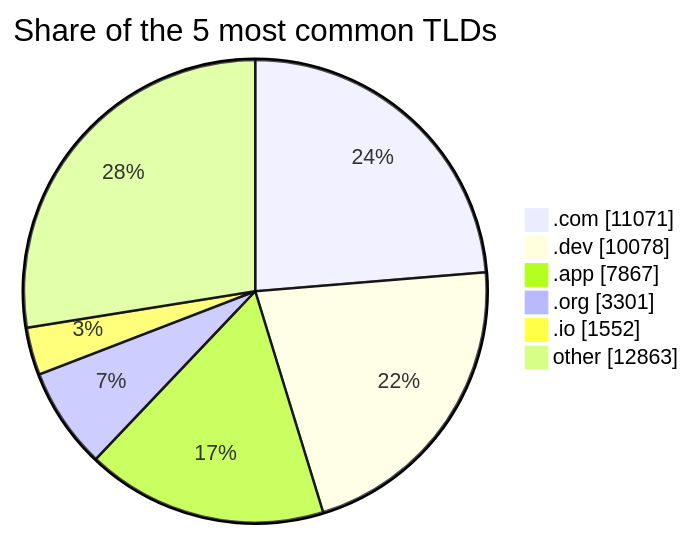
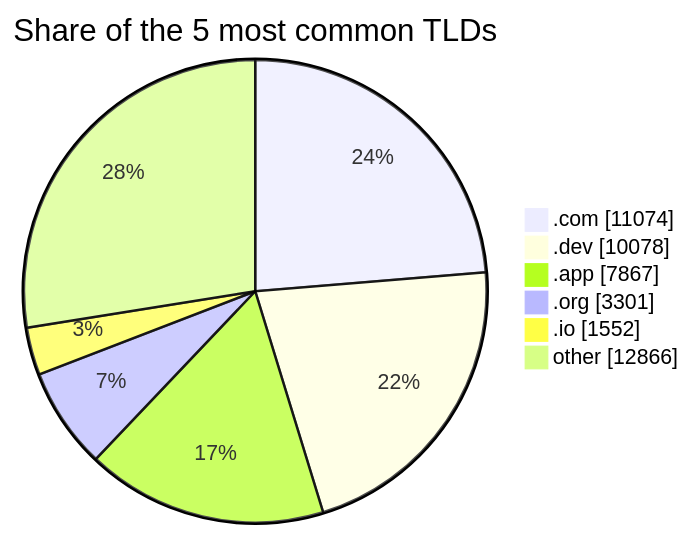
The third of 3 diagrams in README.md (DNSBunker/CTI), drawn with Mermaid before and after one commit. The commit also changed other lines of this file and 3 other files, not shown here.

````diff
--- a/README.md
+++ b/README.md
@@ -81,9 +81,9 @@
 ```mermaid
 pie showData title Share of the 5 most common TLDs
-    ".com" : 11071
+    ".com" : 11074
     ".dev" : 10078
     ".app" : 7867
     ".org" : 3301
     ".io" : 1552
-    "other" : 12863
+    "other" : 12866
 ```
````
